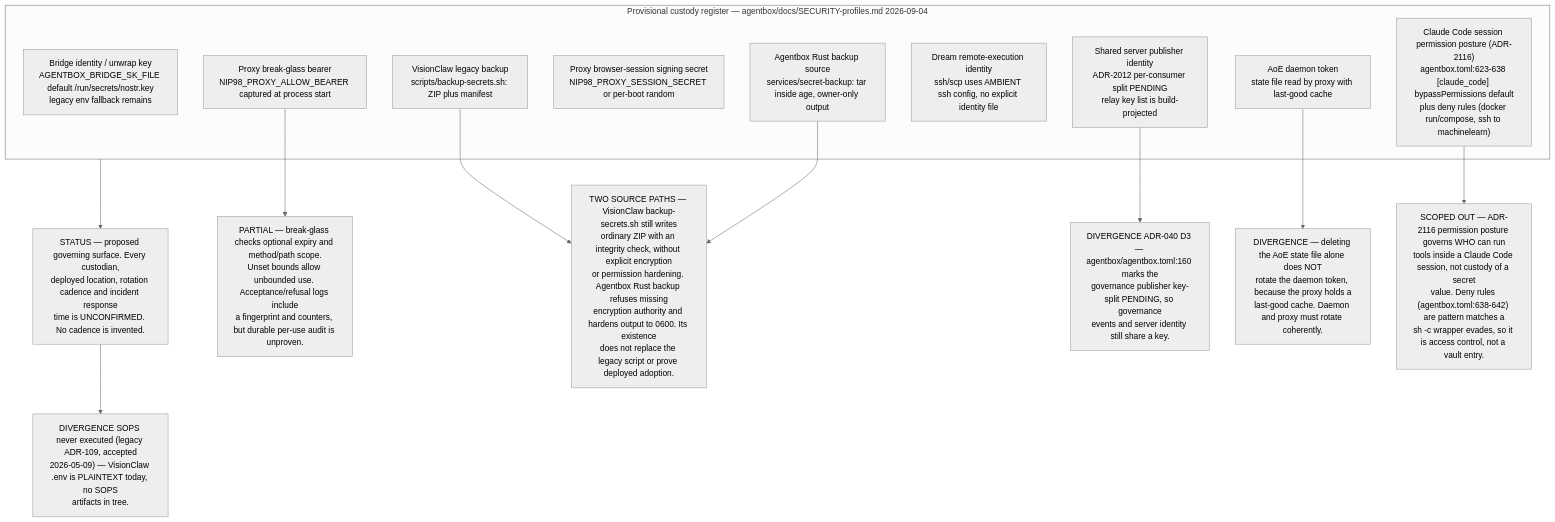
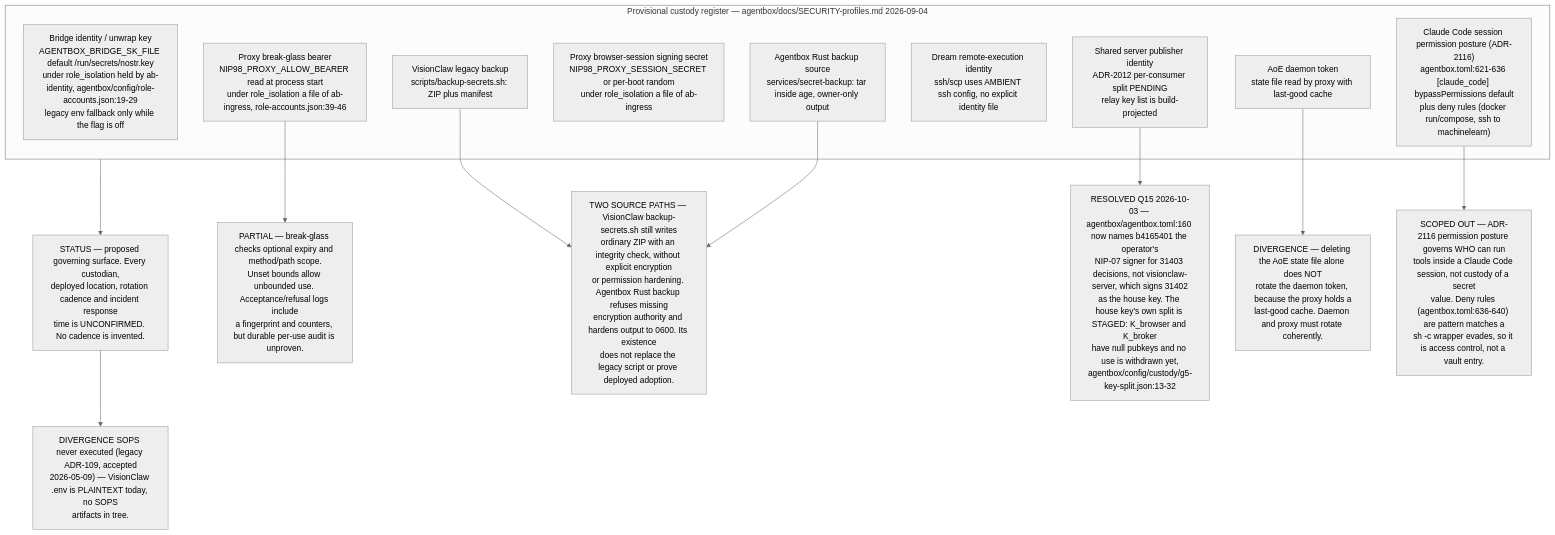
One commit to DreamLab-AI/VisionFlow changed the ninth of 11 diagrams in docs/diagrams/estate/10-deployment-and-security-profiles.md. Above: the diagram before and after it, drawn with Mermaid (neutral theme). The commit also changed other lines of this file and 14 other files, not shown here.

First line of the commit message:
docs(diagrams): custody role isolation — new AB-36, re-stamp 11 topics at the custody integration head

````diff
--- a/docs/diagrams/estate/10-deployment-and-security-profiles.md
+++ b/docs/diagrams/estate/10-deployment-and-security-profiles.md
@@ -347,30 +356,30 @@
 ```mermaid
 flowchart TB
     subgraph reg["Provisional custody register — agentbox/docs/SECURITY-profiles.md 2026-09-04"]
-        C1["Bridge identity / unwrap key<br/>AGENTBOX_BRIDGE_SK_FILE default /run/secrets/nostr.key<br/>legacy env fallback remains"]
+        C1["Bridge identity / unwrap key<br/>AGENTBOX_BRIDGE_SK_FILE default /run/secrets/nostr.key<br/>under role_isolation held by ab-identity, agentbox/config/role-accounts.json:19-29<br/>legacy env fallback only while the flag is off"]
         C2["Shared server publisher identity<br/>ADR-2012 per-consumer split PENDING<br/>relay key list is build-projected"]
-        C3["Proxy break-glass bearer<br/>NIP98_PROXY_ALLOW_BEARER captured at process start"]
-        C4["Proxy browser-session signing secret<br/>NIP98_PROXY_SESSION_SECRET or per-boot random"]
+        C3["Proxy break-glass bearer<br/>NIP98_PROXY_ALLOW_BEARER read at process start<br/>under role_isolation a file of ab-ingress, role-accounts.json:39-46"]
+        C4["Proxy browser-session signing secret<br/>NIP98_PROXY_SESSION_SECRET or per-boot random<br/>under role_isolation a file of ab-ingress"]
         C5["AoE daemon token<br/>state file read by proxy with last-good cache"]
         C6["Dream remote-execution identity<br/>ssh/scp uses AMBIENT ssh config, no explicit identity file"]
         C7["VisionClaw legacy backup<br/>scripts/backup-secrets.sh: ZIP plus manifest"]
         C8["Agentbox Rust backup source<br/>services/secret-backup: tar inside age, owner-only output"]
-        C9["Claude Code session permission posture (ADR-2116)<br/>agentbox.toml:623-638 [claude_code] bypassPermissions default<br/>plus deny rules (docker run/compose, ssh to machinelearn)"]
+        C9["Claude Code session permission posture (ADR-2116)<br/>agentbox.toml:621-636 [claude_code] bypassPermissions default<br/>plus deny rules (docker run/compose, ssh to machinelearn)"]
     end
     ST["STATUS — proposed governing surface. Every custodian,<br/>deployed location, rotation cadence and incident response<br/>time is UNCONFIRMED. No cadence is invented."]
     D1["PARTIAL — break-glass checks optional expiry and method/path scope.<br/>Unset bounds allow unbounded use. Acceptance/refusal logs include<br/>a fingerprint and counters, but durable per-use audit is unproven."]
     D2["TWO SOURCE PATHS — VisionClaw backup-secrets.sh still writes<br/>ordinary ZIP with an integrity check, without explicit encryption<br/>or permission hardening. Agentbox Rust backup refuses missing<br/>encryption authority and hardens output to 0600. Its existence<br/>does not replace the legacy script or prove deployed adoption."]
-    D3["DIVERGENCE ADR-040 D3 — agentbox/agentbox.toml:160 marks the<br/>governance publisher key-split PENDING, so governance<br/>events and server identity still share a key."]
+    D3["RESOLVED Q15 2026-10-03 — agentbox/agentbox.toml:160 now names b4165401 the operator's<br/>NIP-07 signer for 31403 decisions, not visionclaw-server, which signs 31402<br/>as the house key. The house key's own split is STAGED: K_browser and K_broker<br/>have null pubkeys and no use is withdrawn yet,<br/>agentbox/config/custody/g5-key-split.json:13-32"]
     D4["DIVERGENCE — deleting the AoE state file alone does NOT<br/>rotate the daemon token, because the proxy holds a<br/>last-good cache. Daemon and proxy must rotate coherently."]
     D5["DIVERGENCE SOPS never executed (legacy ADR-109, accepted<br/>2026-05-09) — VisionClaw .env is PLAINTEXT today, no SOPS<br/>artifacts in tree."]
-    D6["SCOPED OUT — ADR-2116 permission posture governs WHO can run<br/>tools inside a Claude Code session, not custody of a secret<br/>value. Deny rules (agentbox.toml:638-642) are pattern matches a<br/>sh -c wrapper evades, so it is access control, not a vault entry."]
+    D6["SCOPED OUT — ADR-2116 permission posture governs WHO can run<br/>tools inside a Claude Code session, not custody of a secret<br/>value. Deny rules (agentbox.toml:636-640) are pattern matches a<br/>sh -c wrapper evades, so it is access control, not a vault entry."]
 
     reg --> ST
     C3 --> D1
     C7 --> D2
     C8 --> D2
     C2 --> D3
     C5 --> D4
     ST --> D5
     C9 --> D6
 ```
````
